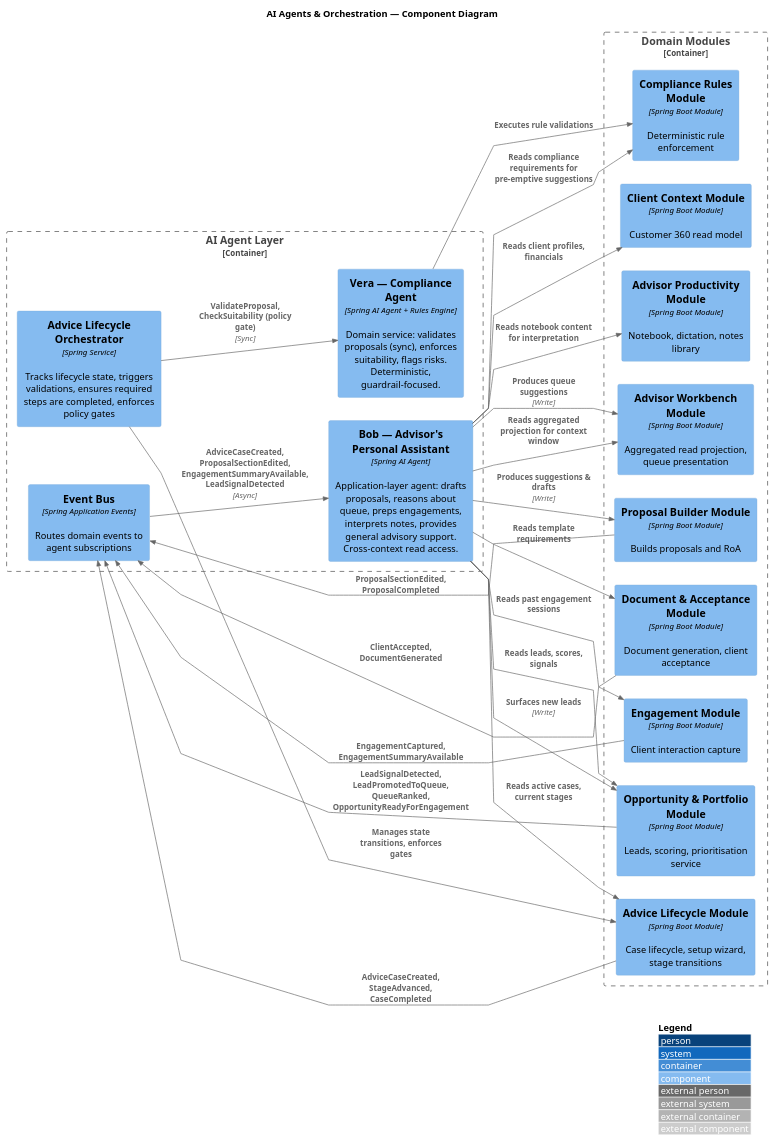
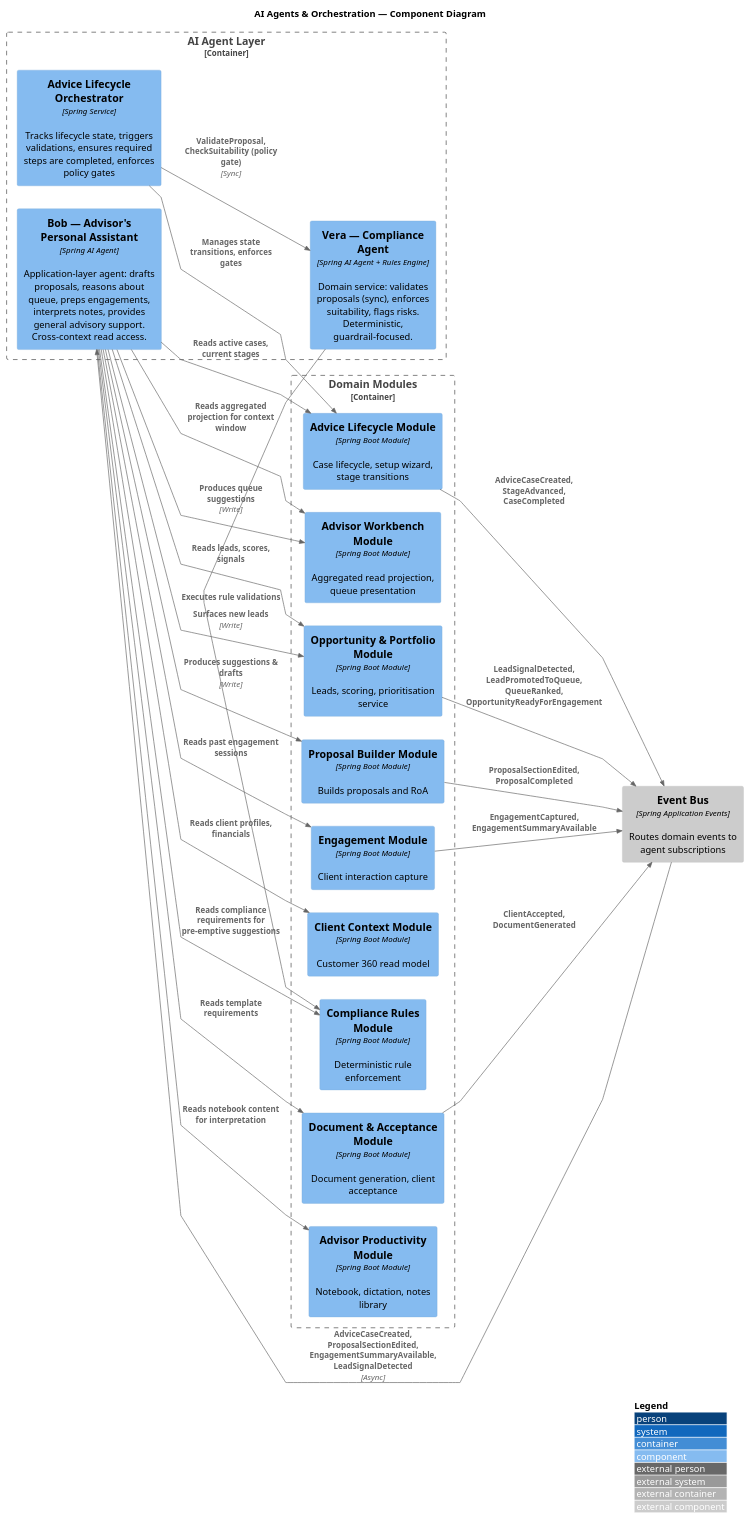
The diagram in 03-Projects/AIR/SAD/Diagrams/Component - AI.md (ChrisLangsfordEn/obsidian-vault), drawn with PlantUML before and after one commit. The commit also changed 1 other file, not shown here.

Commit message:
vault backup: 2026-05-25 13:04:29

````diff
--- a/03-Projects/AIR/SAD/Diagrams/Component - AI.md
+++ b/03-Projects/AIR/SAD/Diagrams/Component - AI.md
@@ -3,69 +3,68 @@
 ```plantuml
 @startuml AIR_AI_Agents
 !include https://raw.githubusercontent.com/plantuml-stdlib/C4-PlantUML/master/C4_Component.puml
 
 LAYOUT_WITH_LEGEND()
 LAYOUT_LEFT_RIGHT()
 
 skinparam linetype polyline
 
 title AI Agents & Orchestration — Component Diagram
 
 ' === Tier 4: Domain Modules (leftmost — they produce events and serve data) ===
 Container_Boundary(modules, "Domain Modules") {
     Component(workbenchModule, "Advisor Workbench Module", "Spring Boot Module", "Aggregated read projection, queue presentation")
     Component(opportunityModule, "Opportunity & Portfolio Module", "Spring Boot Module", "Leads, scoring, prioritisation service")
     Component(proposalModule, "Proposal Builder Module", "Spring Boot Module", "Builds proposals and RoA")
     Component(lifecycleModule, "Advice Lifecycle Module", "Spring Boot Module", "Case lifecycle, setup wizard, stage transitions")
     Component(engagementModule, "Engagement Module", "Spring Boot Module", "Client interaction capture")
     Component(clientModule, "Client Context Module", "Spring Boot Module", "Customer 360 read model")
     Component(rulesModule, "Compliance Rules Module", "Spring Boot Module", "Deterministic rule enforcement")
     Component(documentModule, "Document & Acceptance Module", "Spring Boot Module", "Document generation, client acceptance")
     Component(productivityModule, "Advisor Productivity Module", "Spring Boot Module", "Notebook, dictation, notes library")
 }
 
+Component_Ext(eventBus, "Event Bus", "Spring Application Events", "Routes domain events to agent subscriptions")
+
 ' === Agent Layer ===
 Container_Boundary(agents, "AI Agent Layer") {
-
-    
 
     Component(orchestrator, "Advice Lifecycle Orchestrator", "Spring Service", "Tracks lifecycle state, triggers validations, ensures required steps are completed, enforces policy gates")
     Component(bob, "Bob — Advisor's Personal Assistant", "Spring AI Agent", "Application-layer agent: drafts proposals, reasons about queue, preps engagements, interprets notes, provides general advisory support. Cross-context read access.")
     Component(vera, "Vera — Compliance Agent", "Spring AI Agent + Rules Engine", "Domain service: validates proposals (sync), enforces suitability, flags risks. Deterministic, guardrail-focused.")
-    Component(eventBus, "Event Bus", "Spring Application Events", "Routes domain events to agent subscriptions")
 }
 
 ' === Relationships: Domain Modules -> Event Bus ===
 Rel(opportunityModule, eventBus, "LeadSignalDetected, LeadPromotedToQueue, QueueRanked, OpportunityReadyForEngagement")
 Rel(proposalModule, eventBus, "ProposalSectionEdited, ProposalCompleted")
 Rel(lifecycleModule, eventBus, "AdviceCaseCreated, StageAdvanced, CaseCompleted")
 Rel(engagementModule, eventBus, "EngagementCaptured, EngagementSummaryAvailable")
 Rel(documentModule, eventBus, "ClientAccepted, DocumentGenerated")
 
 ' === Relationships: Event Bus -> Agents ===
 Rel(eventBus, bob, "AdviceCaseCreated, ProposalSectionEdited, EngagementSummaryAvailable, LeadSignalDetected", "Async")
 
 ' === Relationships: Orchestrator -> Services ===
 Rel(orchestrator, vera, "ValidateProposal, CheckSuitability (policy gate)", "Sync")
 Rel(orchestrator, lifecycleModule, "Manages state transitions, enforces gates")
 
 ' === Relationships: Bob -> Domain Modules (reads) ===
 Rel(bob, workbenchModule, "Reads aggregated projection for context window")
 Rel(bob, opportunityModule, "Reads leads, scores, signals")
 Rel_Left(bob, lifecycleModule, "Reads active cases, current stages")
 Rel(bob, clientModule, "Reads client profiles, financials")
 Rel(bob, engagementModule, "Reads past engagement sessions")
 Rel(bob, rulesModule, "Reads compliance requirements for pre-emptive suggestions")
 Rel(bob, documentModule, "Reads template requirements")
 Rel(bob, productivityModule, "Reads notebook content for interpretation")
 
 ' === Relationships: Bob -> Domain Modules (writes) ===
 Rel(bob, proposalModule, "Produces suggestions & drafts", "Write")
 Rel(bob, workbenchModule, "Produces queue suggestions", "Write")
 Rel(bob, opportunityModule, "Surfaces new leads", "Write")
 
 ' === Relationships: Vera -> Domain Modules ===
 Rel(vera, rulesModule, "Executes rule validations")
 
 @enduml
 ```
````
